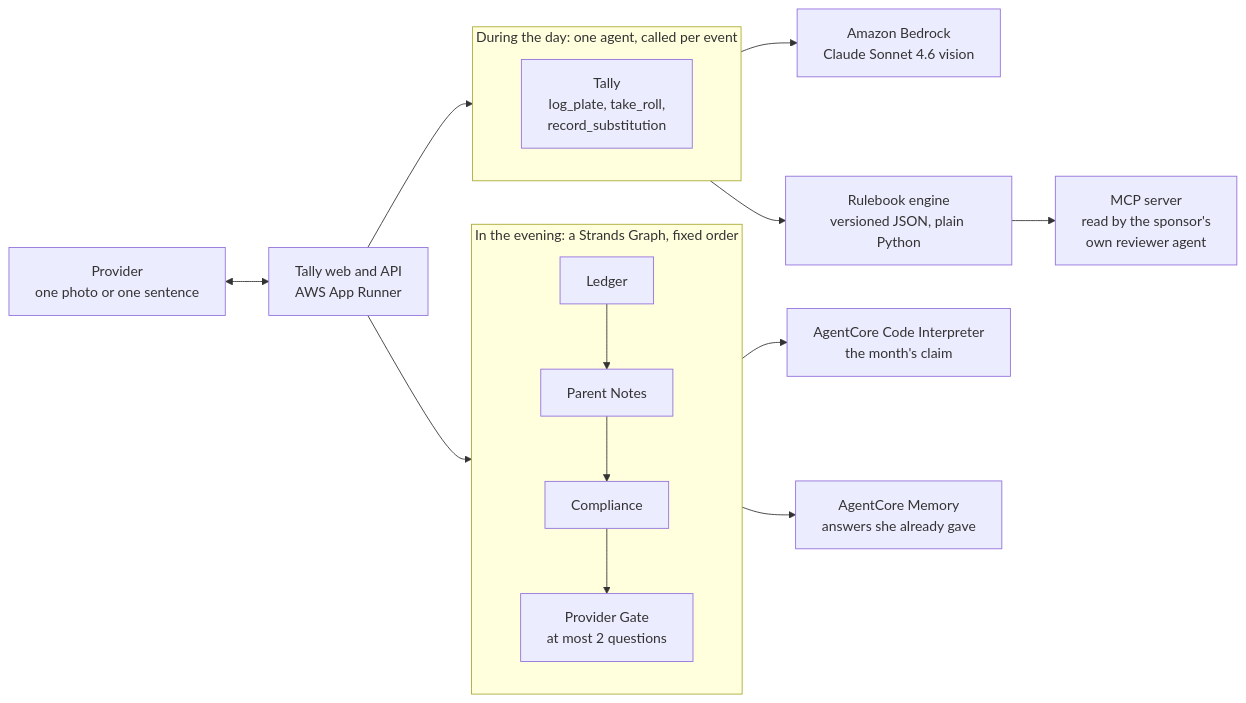
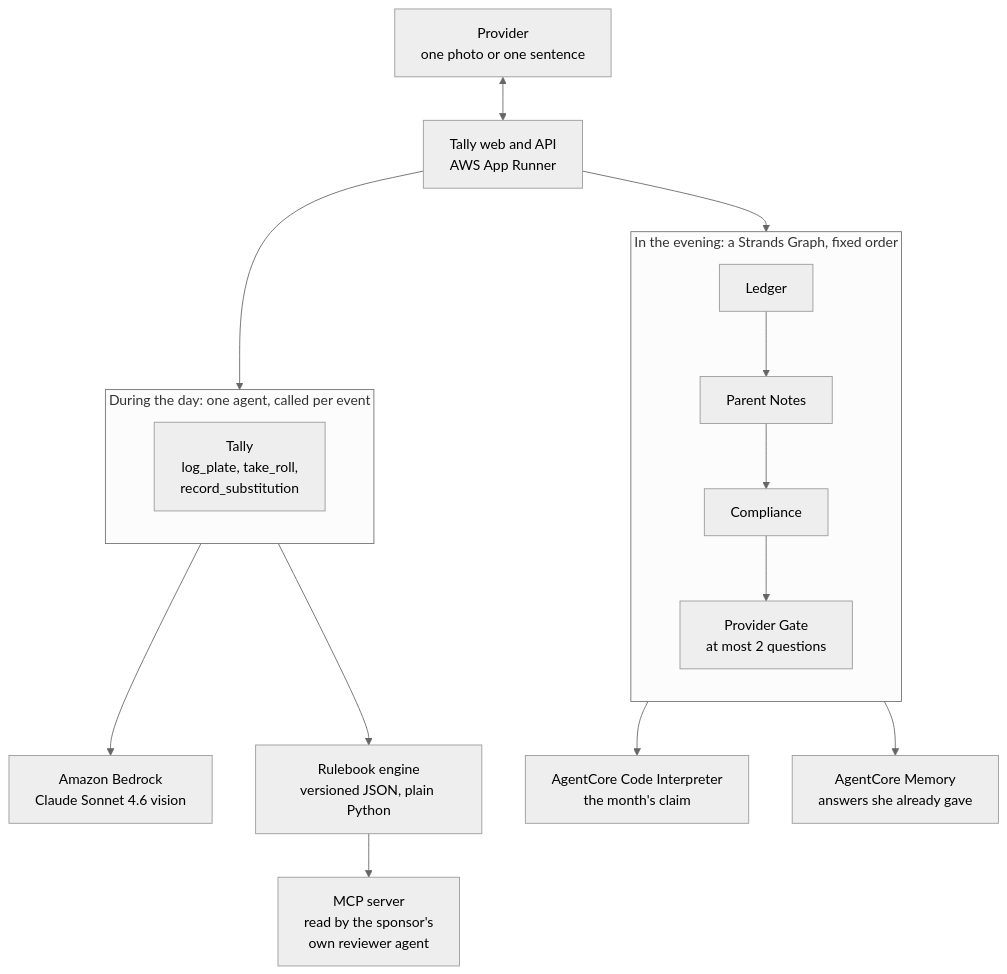
Before and after one commit to usv240/tally: the diagram in README.md, drawn with Mermaid.

Commit message:
Lay the architecture diagram out top down
Left to right rendered 5860 pixels wide against 1400 tall. GitHub scales a diagram
that shape down to the column width, which put the labels at a size nobody reads,
and the same file is what Devpost wants uploaded as the architecture diagram.

Top down comes out close to square, legible at full width in the README and legible
again as a standalone PNG. Also switched to the neutral theme, since the default
paints the subgraph in a yellow that reads as a warning.

One correction that came out of looking at it rendered: Bedrock hung off Chief Gate
alone, which said only that node calls a model. All four agents in the graph do, so
the edge now comes from the graph.

````diff
--- a/README.md
+++ b/README.md
@@ -65,24 +65,25 @@
 ```mermaid
-flowchart LR
+%%{init: {'theme': 'neutral'}}%%
+flowchart TB
   PROV["Provider<br/>one photo or one sentence"] <--> API
   API["Tally web and API<br/>AWS App Runner"] --> DAYAGENT
   API --> LEDGER
 
   subgraph DAY["During the day: one agent, called per event"]
     direction TB
     DAYAGENT["Tally<br/>log_plate, take_roll,<br/>record_substitution"]
   end
 
   subgraph EVENING["In the evening: a Strands Graph, fixed order"]
     direction TB
     LEDGER["Ledger"] --> NOTES["Parent Notes"]
     NOTES --> COMPLY["Compliance"]
     COMPLY --> GATE["Provider Gate<br/>at most 2 questions"]
   end
 
   DAYAGENT --> VISION["Amazon Bedrock<br/>Claude Sonnet 4.6 vision"]
   DAYAGENT --> RULES["Rulebook engine<br/>versioned JSON, plain Python"]
   LEDGER --> CODE["AgentCore Code Interpreter<br/>the month's claim"]
   GATE --> MEM["AgentCore Memory<br/>answers she already gave"]
   RULES --> MCP["MCP server<br/>read by the sponsor's<br/>own reviewer agent"]
 ```
````
